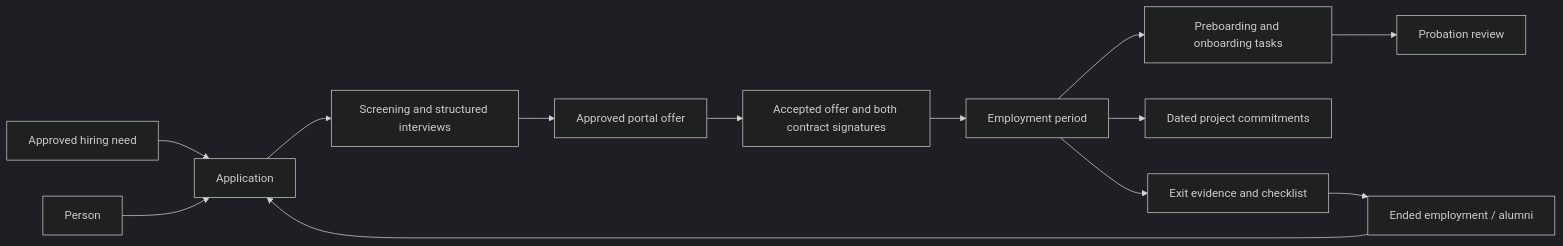
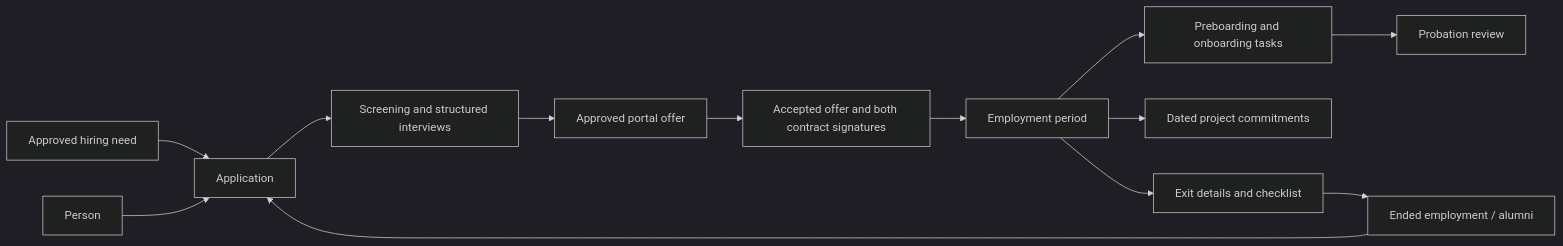
The diagram in docs/hr-implementation.md (mauriyouth/quicksort-website-2), drawn with Mermaid (dark theme) before and after one commit. The commit also changed other lines of this file and 40 other files, not shown here.

````diff
--- a/docs/hr-implementation.md
+++ b/docs/hr-implementation.md
@@ -56,15 +57,15 @@
 ```mermaid
 flowchart LR
   Need[Approved hiring need] --> Application[Application]
   Person[Person] --> Application
   Application --> Screening[Screening and structured interviews]
   Screening --> Offer[Approved portal offer]
   Offer --> Agreement[Accepted offer and both contract signatures]
   Agreement --> Employment[Employment period]
   Employment --> Onboarding[Preboarding and onboarding tasks]
   Onboarding --> Review[Probation review]
   Employment --> Staffing[Dated project commitments]
-  Employment --> Exit[Exit evidence and checklist]
+  Employment --> Exit[Exit details and checklist]
   Exit --> Alumni[Ended employment / alumni]
   Alumni --> Application
 ```
````
